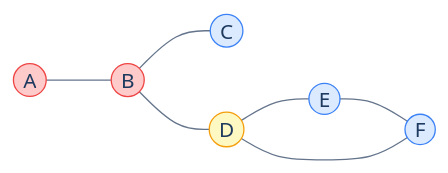
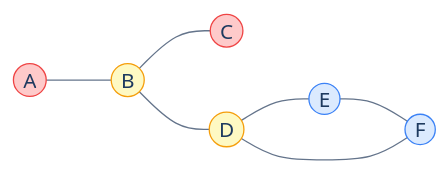
One commit to ani2fun/codefolio changed the diagram in content/cortex/data-structures-and-algorithms/04-graphs/19-bridges-and-articulation-points.md. Above: the diagram before and after it, drawn with Mermaid. The commit also changed other lines of this file and 1049 other files, not shown here.

````diff
--- a/content/cortex/data-structures-and-algorithms/04-graphs/19-bridges-and-articulation-points.md
+++ b/content/cortex/data-structures-and-algorithms/04-graphs/19-bridges-and-articulation-points.md
@@ -45,23 +128,24 @@
 ```mermaid
 ---
 config:
   theme: base
   themeVariables:
     primaryColor: "#dbeafe"
     primaryBorderColor: "#3b82f6"
     primaryTextColor: "#1e3a5f"
     lineColor: "#64748b"
     secondaryColor: "#ede9fe"
     tertiaryColor: "#fef9c3"
 ---
 flowchart LR
   A((A)) --- B((B))
   B --- C((C))
   B --- D((D))
   D --- E((E))
   E --- F((F))
   F --- D
   style A fill:#fecaca,stroke:#ef4444
-  style B fill:#fecaca,stroke:#ef4444
+  style B fill:#fef9c3,stroke:#f59e0b
+  style C fill:#fecaca,stroke:#ef4444
   style D fill:#fef9c3,stroke:#f59e0b
 ```
````
